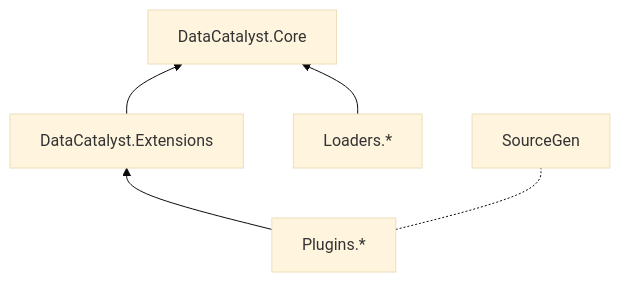
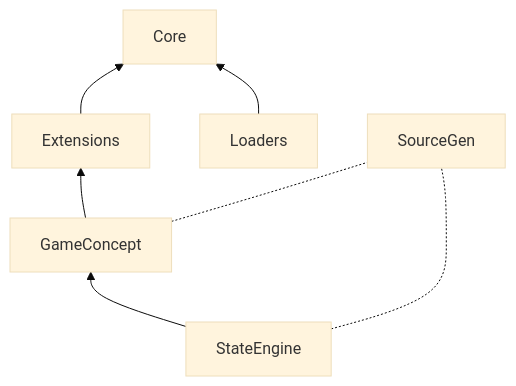
The second of 2 diagrams in README.md (fm39hz/DataCatalyst), drawn with Mermaid (base theme) before and after one commit. The commit also changed other lines of this file and 16 other files, not shown here.

````diff
--- a/README.md
+++ b/README.md
@@ -109,13 +112,16 @@
 ```mermaid
 graph BT
-    Core[DataCatalyst.Core]
-    Ext[DataCatalyst.Extensions]
-    Plugins[Plugins.*]
-    Loaders[Loaders.*]
+    Core[Core]
+    Ext[Extensions]
+    GameConcept[GameConcept]
+    StateEngine[StateEngine]
+    Loaders[Loaders]
     SG[SourceGen]
 
     Ext --> Core
-    Plugins --> Ext
-    Plugins -.- SG
+    GameConcept --> Ext
+    StateEngine --> GameConcept
     Loaders --> Core
+    GameConcept -.- SG
+    StateEngine -.- SG
 ```
````
